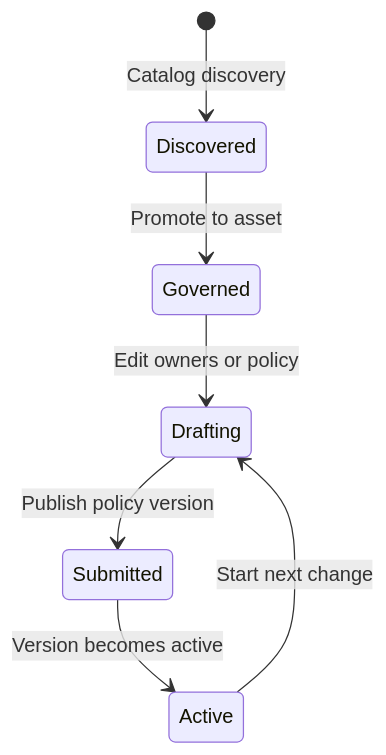
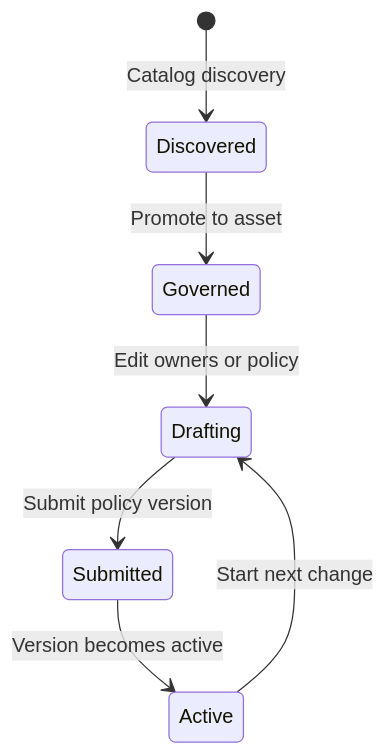
Before and after one commit to snithish/dal-obscura: the second of 3 diagrams in docs/concepts.md, drawn with Mermaid. The commit also changed other lines of this file and 10 other files, not shown here.

````diff
--- a/docs/concepts.md
+++ b/docs/concepts.md
@@ -73,9 +77,9 @@
 ```mermaid
 stateDiagram-v2
     [*] --> Discovered: Catalog discovery
     Discovered --> Governed: Promote to asset
     Governed --> Drafting: Edit owners or policy
-    Drafting --> Submitted: Publish policy version
+    Drafting --> Submitted: Submit policy version
     Submitted --> Active: Version becomes active
     Active --> Drafting: Start next change
 ```
````
